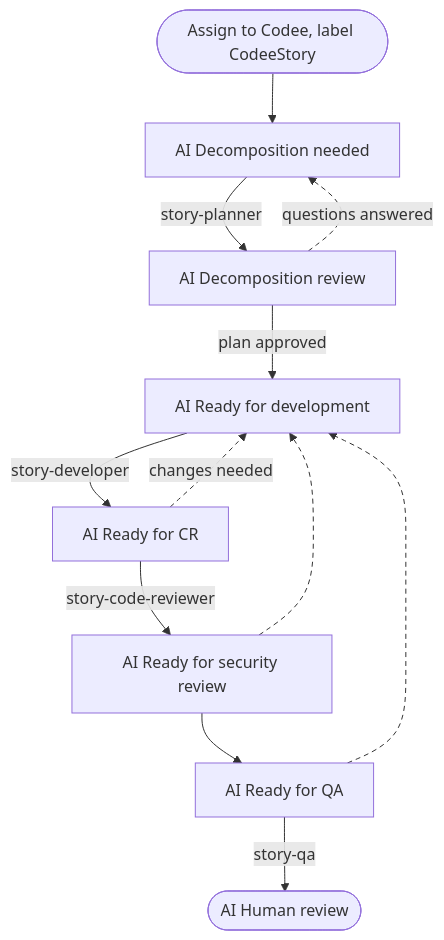
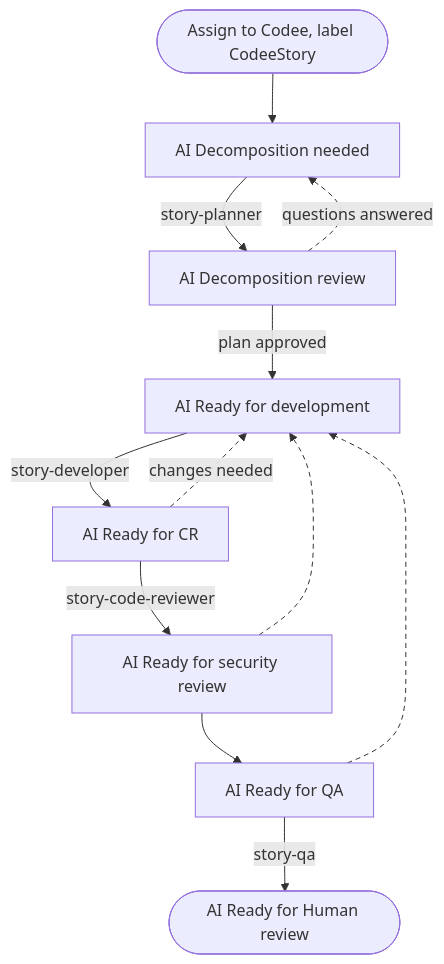
Before and after one commit to fusebase-dev/codee: the first of 2 diagrams in docs/docs/tutorials/working-on-tasks-in-jira.mdx, drawn with Mermaid. The commit also changed other lines of this file and 1 other file, not shown here.

````diff
--- a/docs/docs/tutorials/working-on-tasks-in-jira.mdx
+++ b/docs/docs/tutorials/working-on-tasks-in-jira.mdx
@@ -258,18 +258,18 @@
 ```mermaid
 flowchart TD
     start([Assign to Codee, label CodeeStory]) --> decomp[AI Decomposition needed]
     decomp -->|story-planner| review[AI Decomposition review]
     review -.->|questions answered| decomp
     review -->|plan approved| dev[AI Ready for development]
     dev -->|story-developer| cr[AI Ready for CR]
     cr -->|story-code-reviewer| sec[AI Ready for security review]
     sec --> qa[AI Ready for QA]
-    qa -->|story-qa| done([AI Human review])
+    qa -->|story-qa| done([AI Ready for Human review])
     cr -.->|changes needed| dev
     sec -.-> dev
     qa -.-> dev
 
     class start,review,done human
     class decomp,dev,cr,sec,qa codee
     linkStyle 2,8,9,10 stroke-dasharray: 5 4
 ```
````
